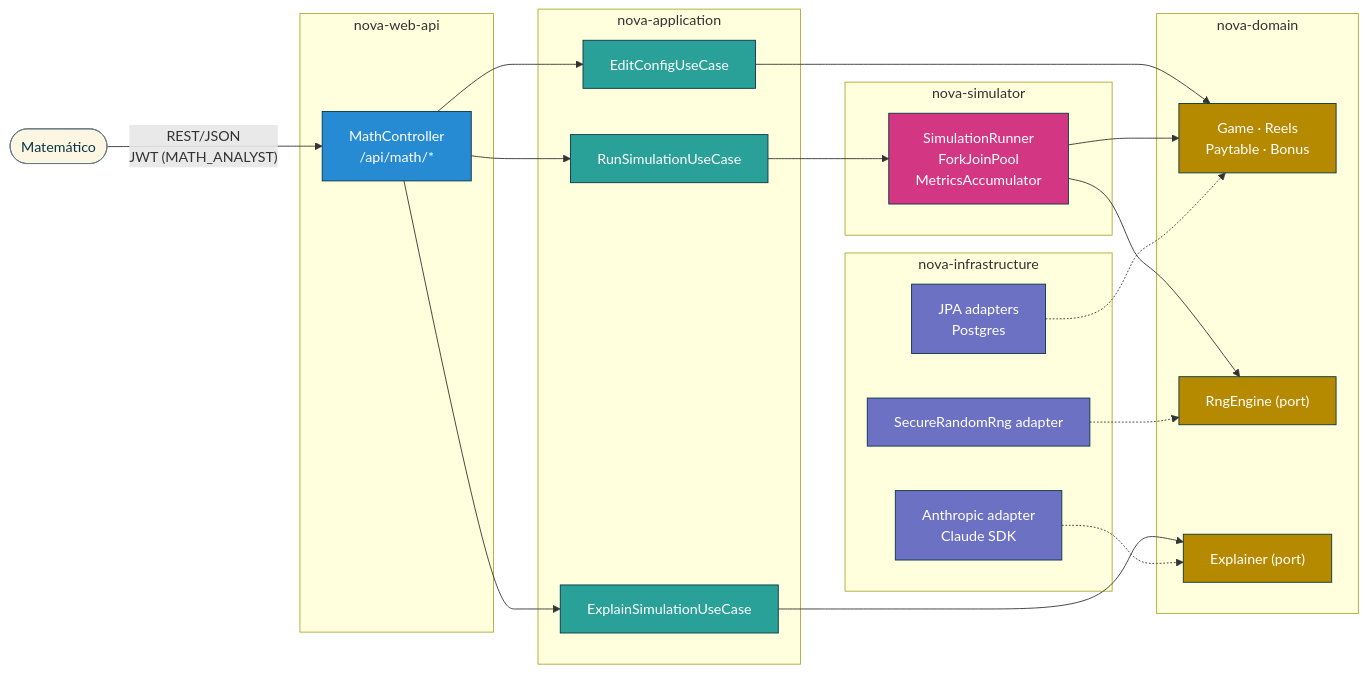
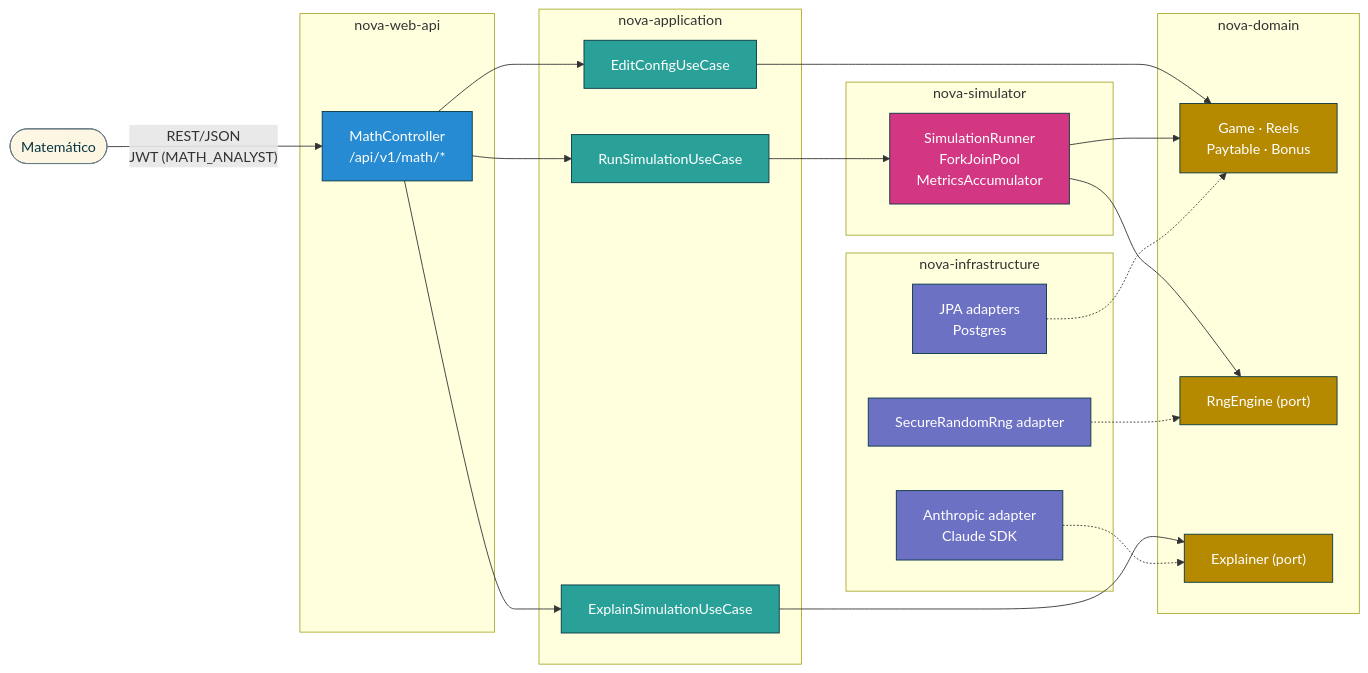
One commit to jordipochvall/AI4Devs-finalproject changed the fifth of 10 diagrams in readme.md. Above: the diagram before and after it, drawn with Mermaid. The commit also changed other lines of this file and 1 other file, not shown here.

Commit message:
3. Modelo de Datos 4. Especificación de la API

````diff
--- a/readme.md
+++ b/readme.md
@@ -463,56 +490,56 @@
 ```mermaid
 flowchart LR
     Mathematician([Matemático])
 
     subgraph WebApi["nova-web-api"]
-        MC["MathController<br/>/api/math/*"]
+        MC["MathController<br/>/api/v1/math/*"]
     end
 
     subgraph App["nova-application"]
         EDIT["EditConfigUseCase"]
         SIM_UC["RunSimulationUseCase"]
         EXP["ExplainSimulationUseCase"]
     end
 
     subgraph Sim["nova-simulator"]
         SIM["SimulationRunner<br/>ForkJoinPool<br/>MetricsAccumulator"]
     end
 
     subgraph Domain["nova-domain"]
         GAME["Game · Reels<br/>Paytable · Bonus"]
         RNG_PORT["RngEngine (port)"]
         EXP_PORT["Explainer (port)"]
     end
 
     subgraph Infra["nova-infrastructure"]
         JPA["JPA adapters<br/>Postgres"]
         RNG_ADP["SecureRandomRng adapter"]
         ANT["Anthropic adapter<br/>Claude SDK"]
     end
 
     Mathematician -- "REST/JSON<br/>JWT (MATH_ANALYST)" --> MC
     MC --> EDIT
     MC --> SIM_UC
     MC --> EXP
     EDIT --> GAME
     SIM_UC --> SIM
     SIM --> GAME
     SIM --> RNG_PORT
     EXP --> EXP_PORT
     JPA -.-> GAME
     RNG_ADP -.-> RNG_PORT
     ANT -.-> EXP_PORT
 
     classDef api fill:#268bd2,stroke:#073642,color:#fff
     classDef app fill:#2aa198,stroke:#073642,color:#fff
     classDef dom fill:#b58900,stroke:#073642,color:#fff
     classDef inf fill:#6c71c4,stroke:#073642,color:#fff
     classDef sim fill:#d33682,stroke:#073642,color:#fff
     classDef actor fill:#fdf6e3,stroke:#657b83,color:#073642
     class MC api
     class EDIT,SIM_UC,EXP app
     class GAME,RNG_PORT,EXP_PORT dom
     class JPA,RNG_ADP,ANT inf
     class SIM sim
     class Mathematician actor
 ```
````
